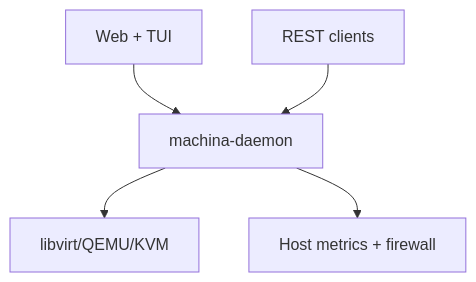
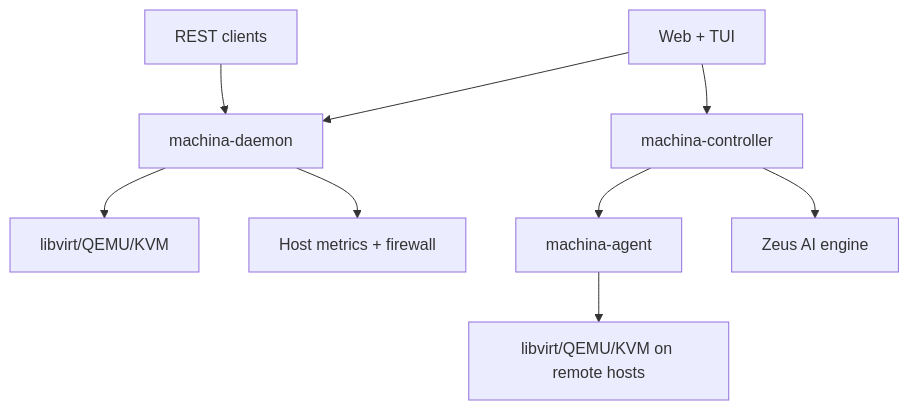
The diagram in README.md (ssahani/hypersdk), drawn with Mermaid before and after one commit. The commit also changed other lines of this file and 1 other file, not shown here.

````diff
--- a/README.md
+++ b/README.md
@@ -89,7 +96,11 @@
 ```mermaid
 flowchart TB
   UI[Web + TUI] --> Daemon[machina-daemon]
+  UI --> Controller[machina-controller]
   API[REST clients] --> Daemon
   Daemon --> Libvirt[libvirt/QEMU/KVM]
   Daemon --> Host[Host metrics + firewall]
+  Controller --> Agent[machina-agent]
+  Controller --> Zeus[Zeus AI engine]
+  Agent --> Libvirt2[libvirt/QEMU/KVM on remote hosts]
 ```
````
